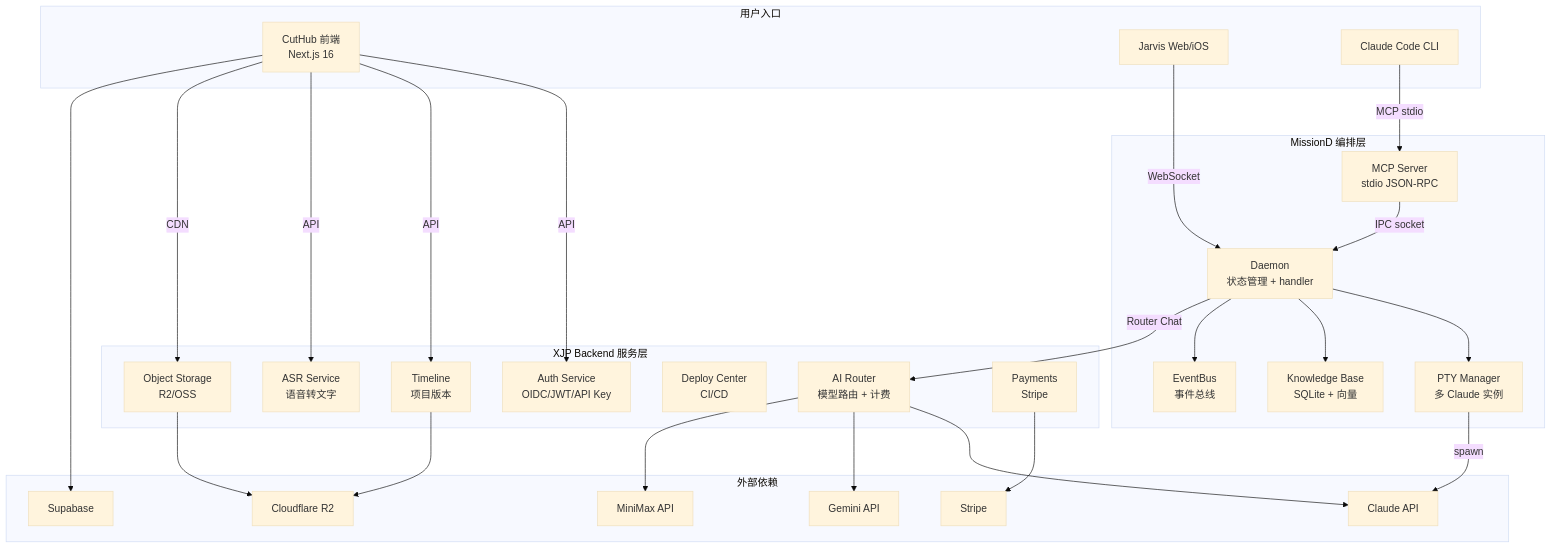
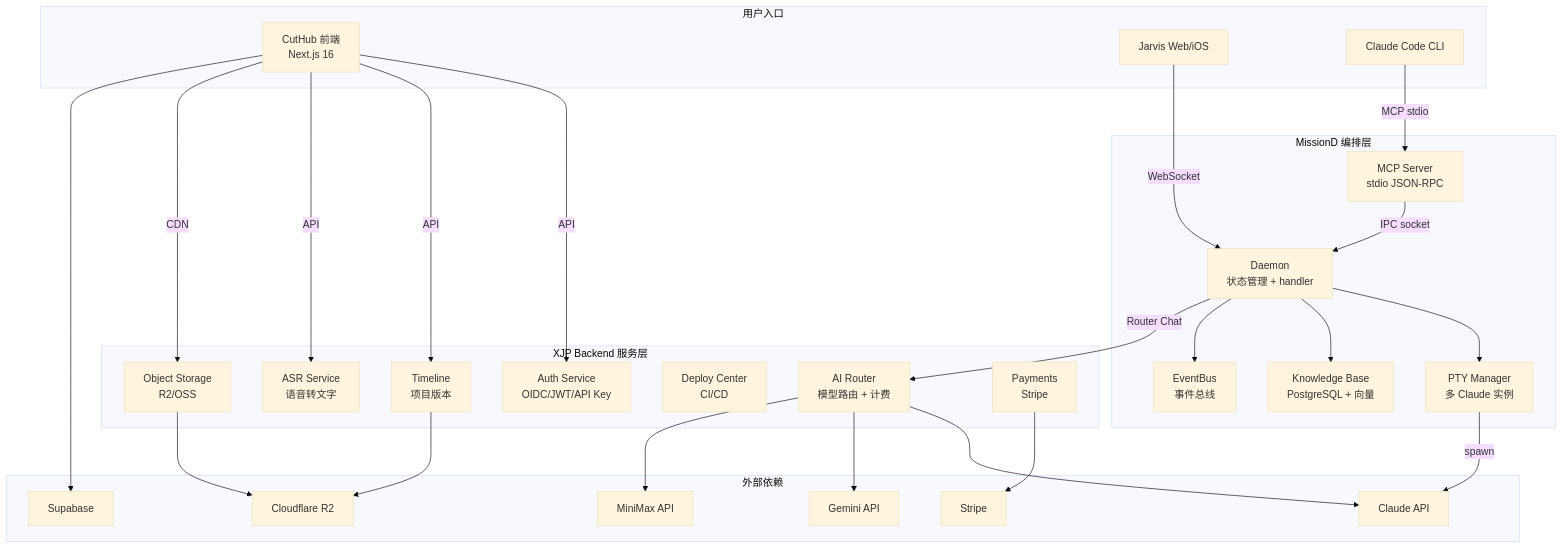
The first of 4 diagrams in docs/architectures/README.md (RuoqiJin/missiond), drawn with Mermaid (base theme) before and after one commit. The commit also changed other lines of this file and 73 other files, not shown here.

````diff
--- a/docs/architectures/README.md
+++ b/docs/architectures/README.md
@@ -21,59 +21,59 @@
 ```mermaid
 graph TB
     subgraph "用户入口"
         CutHub[CutHub 前端<br/>Next.js 16]
         Jarvis[Jarvis Web/iOS]
         ClaudeCode[Claude Code CLI]
     end
 
     subgraph "MissionD 编排层"
         MCP[MCP Server<br/>stdio JSON-RPC]
         Daemon[Daemon<br/>状态管理 + handler]
         PTY[PTY Manager<br/>多 Claude 实例]
-        KB[Knowledge Base<br/>SQLite + 向量]
+        KB[Knowledge Base<br/>PostgreSQL + 向量]
         EventBus[EventBus<br/>事件总线]
     end
 
     subgraph "XJP Backend 服务层"
         Auth[Auth Service<br/>OIDC/JWT/API Key]
         Router[AI Router<br/>模型路由 + 计费]
         Timeline[Timeline<br/>项目版本]
         ASR[ASR Service<br/>语音转文字]
         Deploy[Deploy Center<br/>CI/CD]
         Storage[Object Storage<br/>R2/OSS]
         Payments[Payments<br/>Stripe]
     end
 
     subgraph "外部依赖"
         Claude[Claude API]
         Gemini[Gemini API]
         MiniMax[MiniMax API]
         R2[Cloudflare R2]
         Supabase[Supabase]
         Stripe[Stripe]
     end
 
     ClaudeCode -->|MCP stdio| MCP
     MCP -->|IPC socket| Daemon
     Daemon --> PTY
     Daemon --> KB
     Daemon --> EventBus
     PTY -->|spawn| Claude
 
     Jarvis -->|WebSocket| Daemon
 
     CutHub -->|API| Auth
     CutHub -->|API| Timeline
     CutHub -->|API| ASR
     CutHub -->|CDN| Storage
 
     Router --> Claude
     Router --> Gemini
     Router --> MiniMax
     Daemon -->|Router Chat| Router
 
     Timeline --> R2
     Storage --> R2
     CutHub --> Supabase
     Payments --> Stripe
 ```
````
